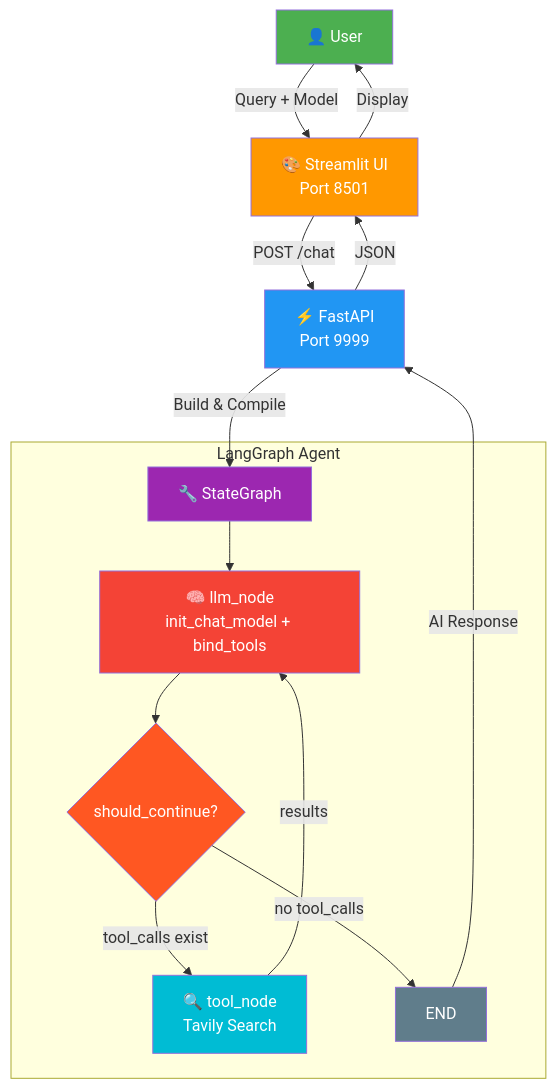
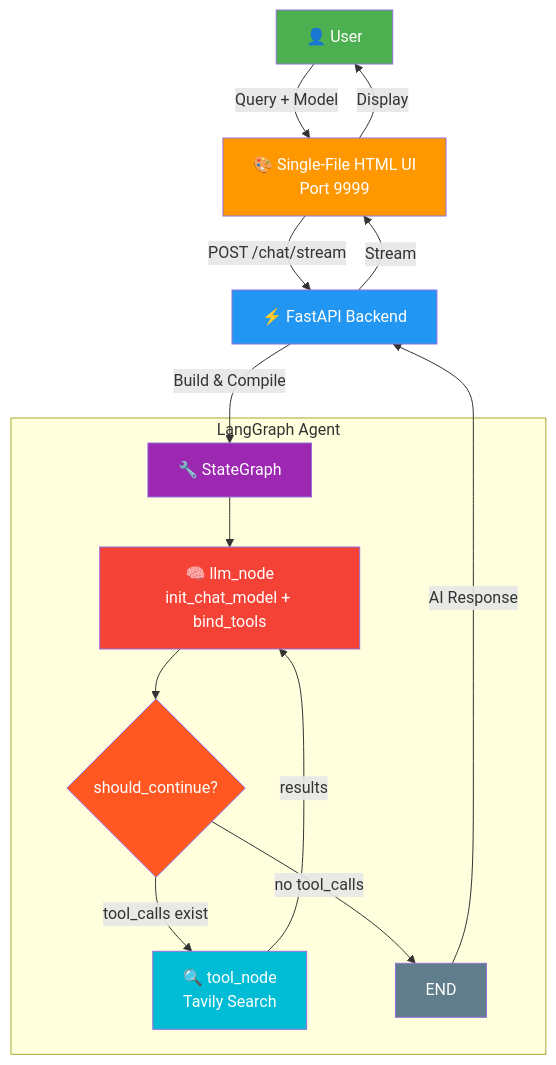
The first of 2 diagrams in readme.md (farhanrhine/multi-ai-agent-gcp), drawn with Mermaid before and after one commit. The commit also changed other lines of this file and 10 other files, not shown here.

Commit message:
migrate from streamlit to html

````diff
--- a/readme.md
+++ b/readme.md
@@ -26,27 +25,27 @@
 ```mermaid
 flowchart TD
-    A[👤 User] -->|Query + Model| B[🎨 Streamlit UI\nPort 8501]
-    B -->|POST /chat| C[⚡ FastAPI\nPort 9999]
+    A[👤 User] -->|Query + Model| B[🎨 Single-File HTML UI\nPort 9999]
+    B -->|POST /chat/stream| C[⚡ FastAPI Backend]
     C -->|Build & Compile| D[🔧 StateGraph]
 
     subgraph LangGraph Agent
         D --> E["🧠 llm_node\ninit_chat_model + bind_tools"]
         E --> F{should_continue?}
         F -->|tool_calls exist| G["🔍 tool_node\nTavily Search"]
         G -->|results| E
         F -->|no tool_calls| H[END]
     end
 
     H -->|AI Response| C
-    C -->|JSON| B
+    C -->|Stream| B
     B -->|Display| A
 
     style A fill:#4CAF50,color:#fff
     style B fill:#FF9800,color:#fff
     style C fill:#2196F3,color:#fff
     style D fill:#9C27B0,color:#fff
     style E fill:#F44336,color:#fff
     style F fill:#FF5722,color:#fff
     style G fill:#00BCD4,color:#fff
     style H fill:#607D8B,color:#fff
 ```
````
